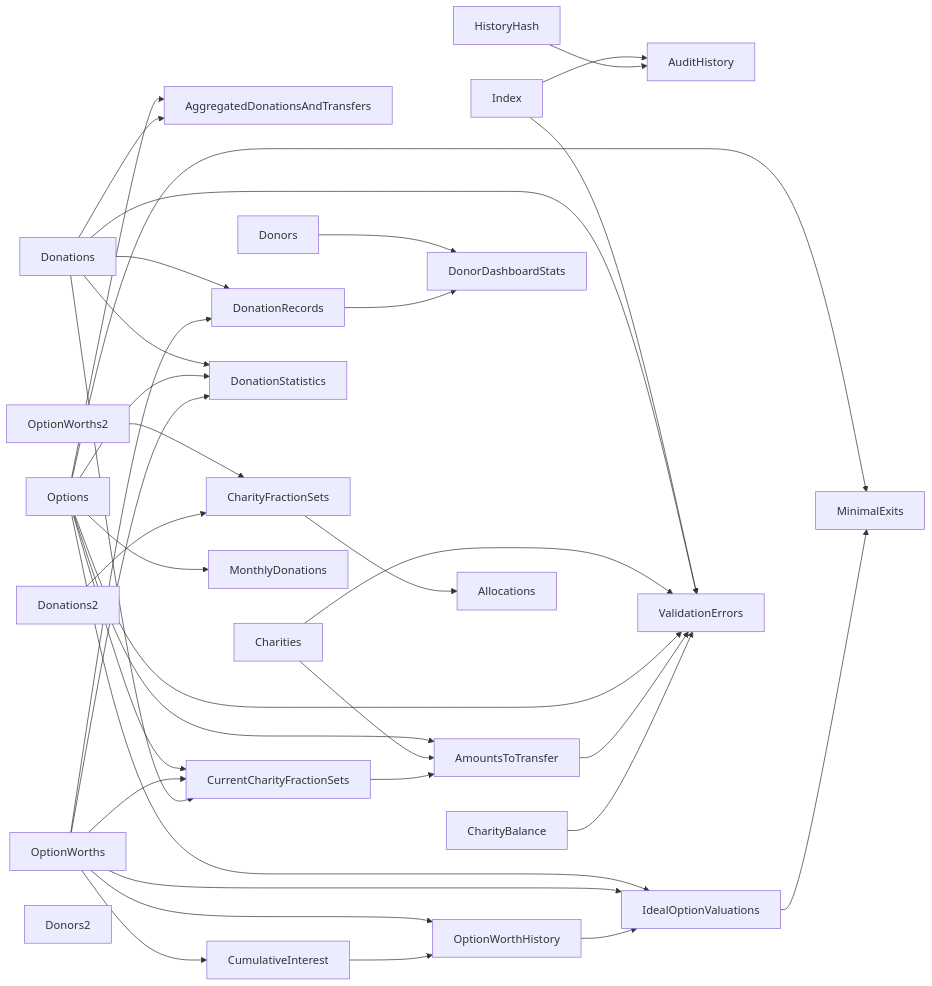
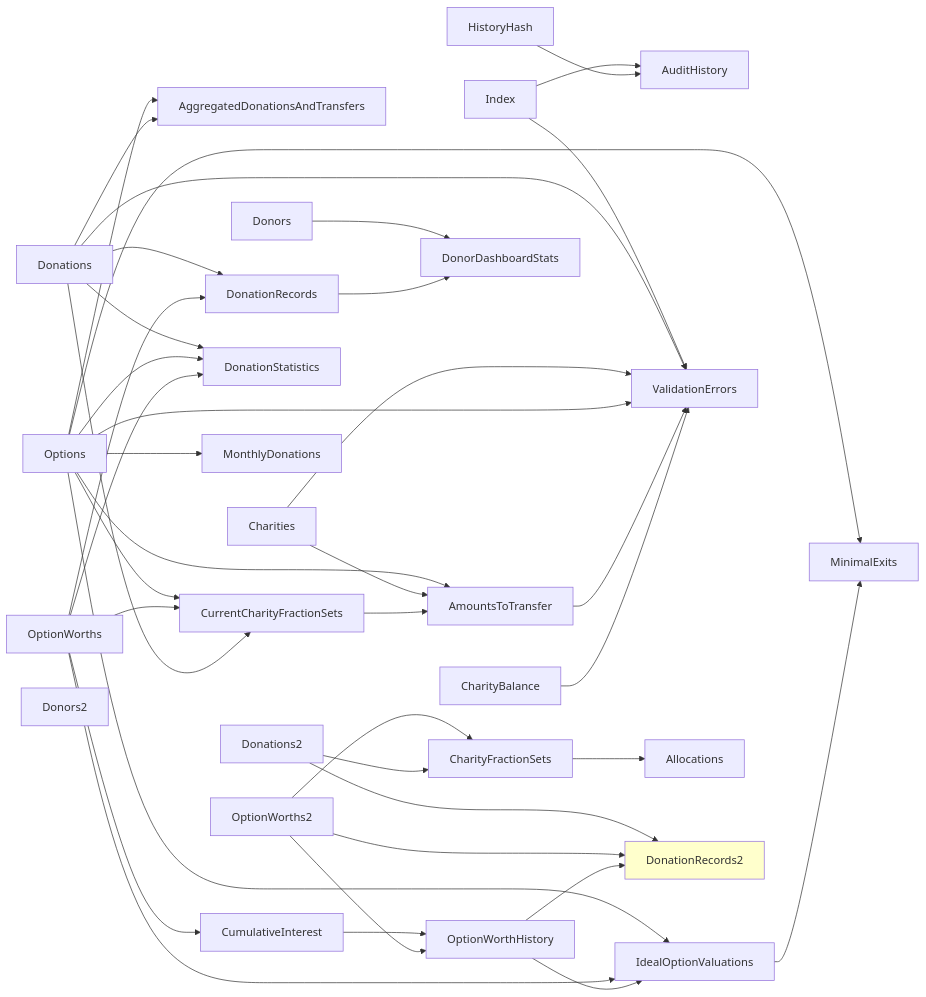
The second of 2 diagrams in wiki/calculator.md (joost-morsink/FF-admin-module), drawn with Mermaid before and after one commit. The commit also changed other lines of this file and 11 other files, not shown here.

Commit message:
DonationRecords2 [GIVE4GOOD-840]

````diff
--- a/wiki/calculator.md
+++ b/wiki/calculator.md
@@ -88,51 +94,56 @@
 ```mermaid
 graph LR
+    classDef calc fill:#ffc;
     Options --> AggregatedDonationsAndTransfers
     Donations --> AggregatedDonationsAndTransfers
     Options --> AmountsToTransfer
     Charities --> AmountsToTransfer
     CurrentCharityFractionSets --> AmountsToTransfer
     Index --> AuditHistory
     HistoryHash --> AuditHistory
     CharityBalance
     OptionWorths --> CumulativeInterest
     Options --> CurrentCharityFractionSets
     OptionWorths --> CurrentCharityFractionSets
     Donations --> CurrentCharityFractionSets
     Donations --> DonationRecords
     OptionWorths --> DonationRecords
     Donations --> DonationStatistics
     Options --> DonationStatistics
     OptionWorths --> DonationStatistics
     Donors --> DonorDashboardStats
     DonationRecords --> DonorDashboardStats
     Options --> IdealOptionValuations
     OptionWorths --> IdealOptionValuations
     Options --> MinimalExits
     IdealOptionValuations --> MinimalExits
-    OptionWorths --> OptionWorthHistory
     CumulativeInterest --> OptionWorthHistory
     OptionWorthHistory --> IdealOptionValuations
     Index --> ValidationErrors
     Donations --> ValidationErrors
     Charities --> ValidationErrors
     Options --> ValidationErrors
     AmountsToTransfer --> ValidationErrors
     CharityBalance --> ValidationErrors
     Options --> MonthlyDonations
 
+    OptionWorths2 --> OptionWorthHistory
     OptionWorths2 --> CharityFractionSets
     Donations2 --> CharityFractionSets
     Donors2
     CharityFractionSets --> Allocations
+
+    Donations2 --> DonationRecords2:::calc
+    OptionWorths2 --> DonationRecords2
+    OptionWorthHistory --> DonationRecords2
 
     click Index "./models/index"
     click HistoryHash "./models/history_hash"
     click Options "./models/options"
     click ValidationErrors "./models/validation_errors"
     click Donations "./models/donations"
     click OptionWorths "./models/option_worths"
     click IdealOptionValuations "./models/ideal_option_valuations"
     click MinimalExits "./models/minimal_exits"
     click MonthlyDonations "./models/monthly_donations"
 ```
````
